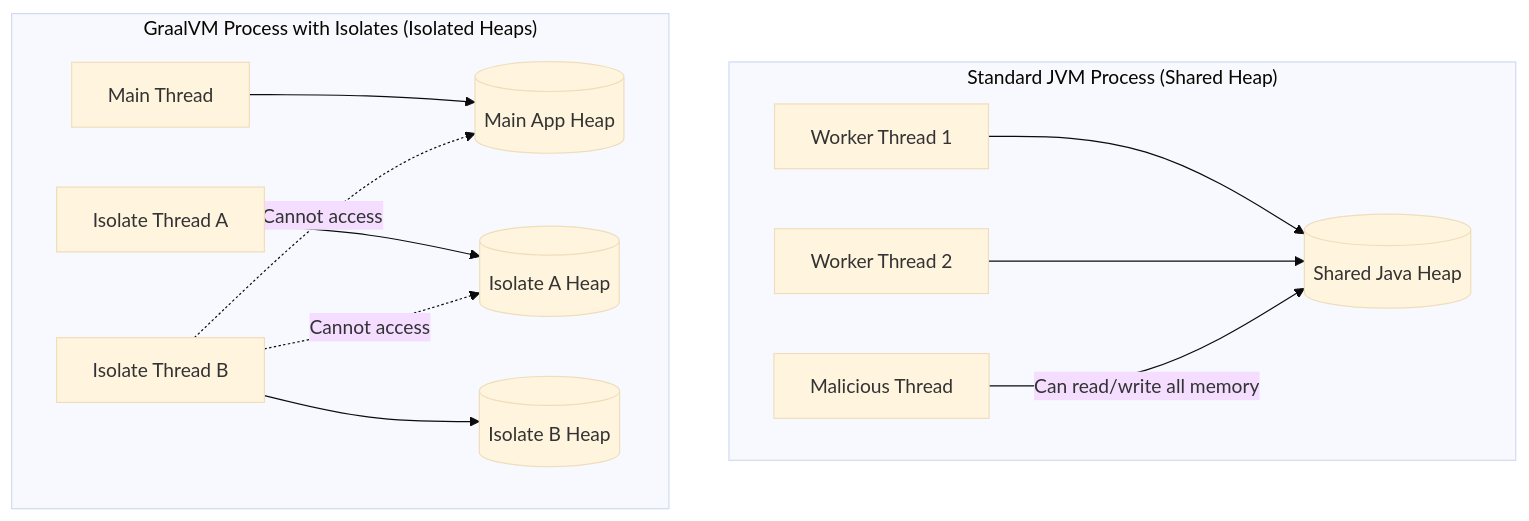
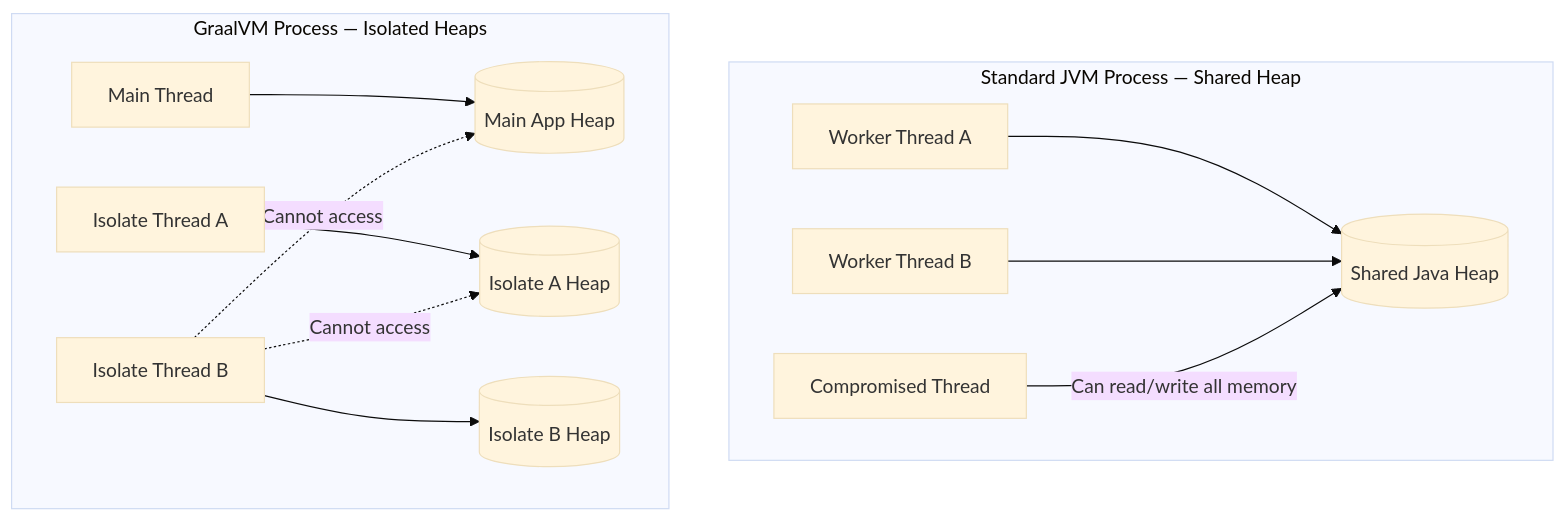
The first of 2 diagrams in docs/presentation/article6-isolates.md (Pilleo/jseccomp), drawn with Mermaid (base theme) before and after one commit. The commit also changed other lines of this file and 6 other files, not shown here.

Commit message:
docs: update series conclusion to emphasize GraalVM Isolates, WebAssembly, and final architecture for the jseccomp documentation

````diff
--- a/docs/presentation/article6-isolates.md
+++ b/docs/presentation/article6-isolates.md
@@ -44,24 +37,22 @@
 ```mermaid
 graph TD
-    subgraph Standard ["Standard JVM Process (Shared Heap)"]
+    subgraph Standard ["Standard JVM Process — Shared Heap"]
         direction LR
         Heap1[(Shared Java Heap)]
-        Thread1[Worker Thread 1] --> Heap1
-        Thread2[Worker Thread 2] --> Heap1
-        Thread3[Malicious Thread] -->|Can read/write all memory| Heap1
+        Thread1[Worker Thread A] --> Heap1
+        Thread2[Worker Thread B] --> Heap1
+        Thread3[Compromised Thread] -->|Can read/write all memory| Heap1
     end
 
-    subgraph Isolate ["GraalVM Process with Isolates (Isolated Heaps)"]
+    subgraph Isolate ["GraalVM Process — Isolated Heaps"]
         direction LR
         MainHeap[(Main App Heap)]
-        IsolateHeapA[(Isolate A Heap)]
-        IsolateHeapB[(Isolate B Heap)]
-        
+        IsoHeapA[(Isolate A Heap)]
+        IsoHeapB[(Isolate B Heap)]
         MainThread[Main Thread] --> MainHeap
-        IsolateThreadA[Isolate Thread A] --> IsolateHeapA
-        IsolateThreadB[Isolate Thread B] --> IsolateHeapB
-        
-        IsolateThreadB -.->|Cannot access| IsolateHeapA
-        IsolateThreadB -.->|Cannot access| MainHeap
+        IsoThreadA[Isolate Thread A] --> IsoHeapA
+        IsoThreadB[Isolate Thread B] --> IsoHeapB
+        IsoThreadB -.->|Cannot access| IsoHeapA
+        IsoThreadB -.->|Cannot access| MainHeap
     end
 ```
````
